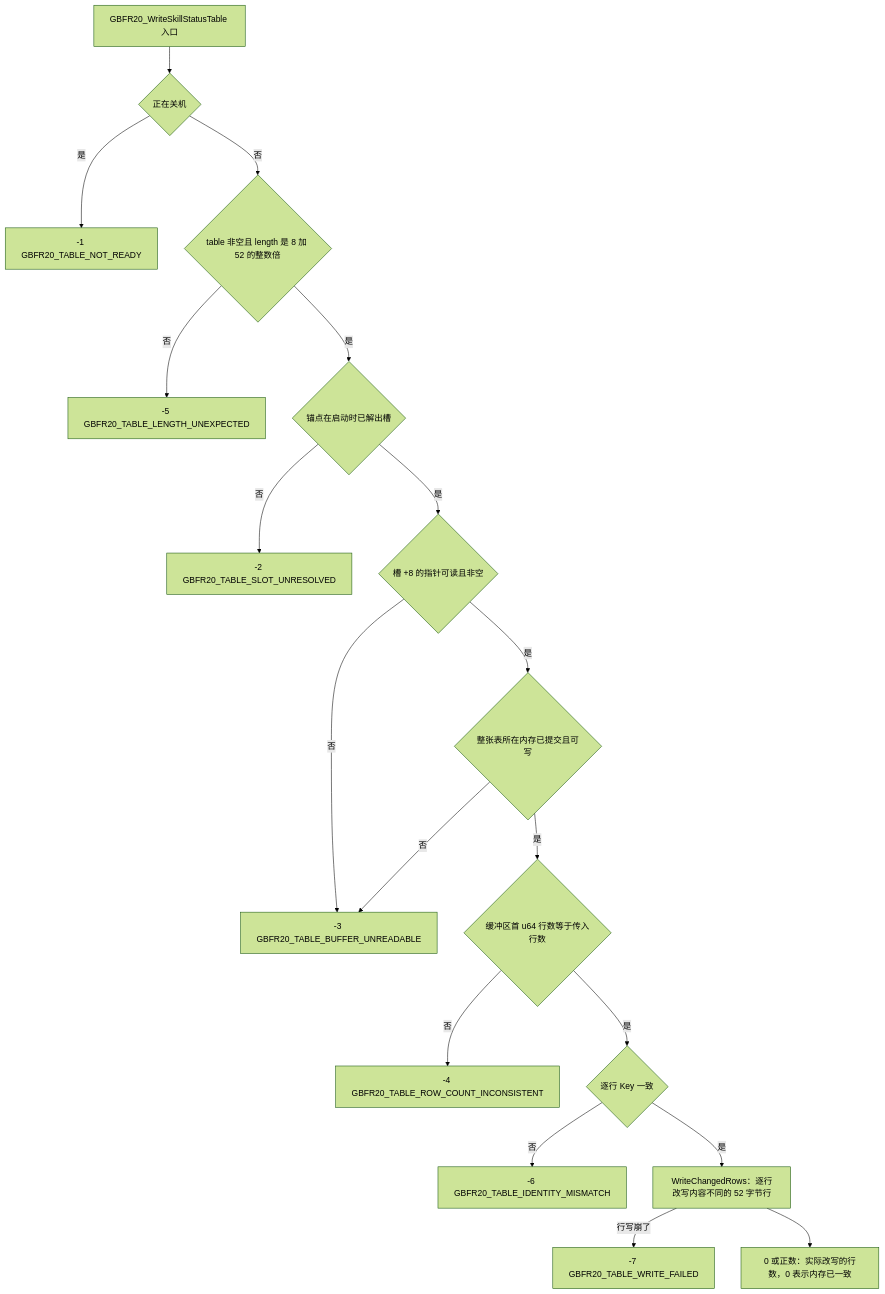
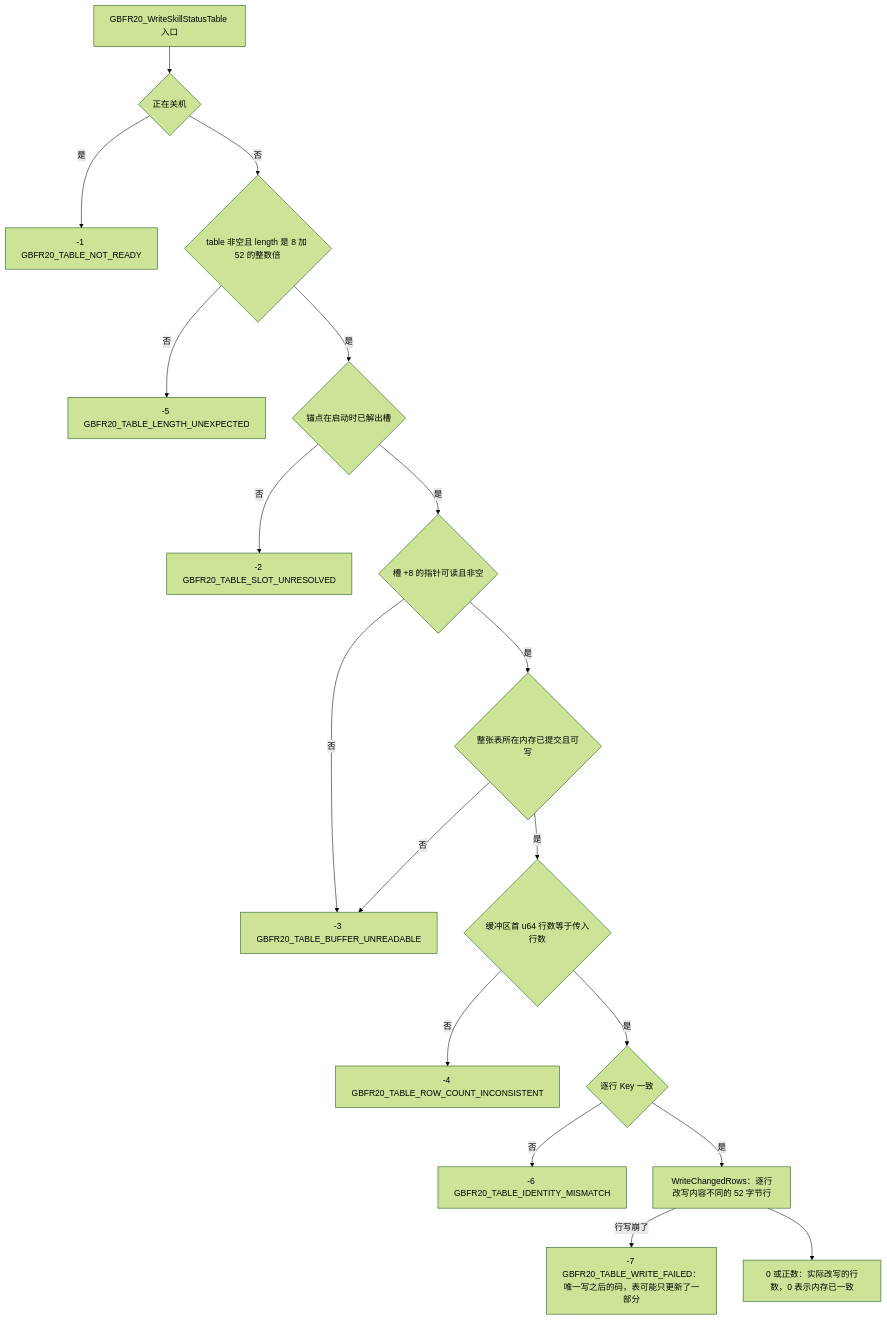
One commit to baagod/GBFR-Sigil-Loadout changed the second of 2 diagrams in openwiki/concepts/skill-status-table.md. Above: the diagram before and after it, drawn with Mermaid (forest theme). The commit also changed other lines of this file and 33 other files, not shown here.

````diff
--- a/openwiki/concepts/skill-status-table.md
+++ b/openwiki/concepts/skill-status-table.md
@@ -147,20 +169,20 @@
 ```mermaid
 flowchart TD
     A["GBFR20_WriteSkillStatusTable 入口"] --> B{"正在关机"}
     B -- "是" --> R1["-1 GBFR20_TABLE_NOT_READY"]
     B -- "否" --> C{"table 非空且 length 是 8 加 52 的整数倍"}
     C -- "否" --> R5["-5 GBFR20_TABLE_LENGTH_UNEXPECTED"]
     C -- "是" --> D{"锚点在启动时已解出槽"}
     D -- "否" --> R2["-2 GBFR20_TABLE_SLOT_UNRESOLVED"]
     D -- "是" --> E{"槽 +8 的指针可读且非空"}
     E -- "否" --> R3["-3 GBFR20_TABLE_BUFFER_UNREADABLE"]
     E -- "是" --> F{"整张表所在内存已提交且可写"}
     F -- "否" --> R3
     F -- "是" --> G{"缓冲区首 u64 行数等于传入行数"}
     G -- "否" --> R4["-4 GBFR20_TABLE_ROW_COUNT_INCONSISTENT"]
     G -- "是" --> H{"逐行 Key 一致"}
     H -- "否" --> R6["-6 GBFR20_TABLE_IDENTITY_MISMATCH"]
     H -- "是" --> W["WriteChangedRows：逐行改写内容不同的 52 字节行"]
-    W -- "行写崩了" --> R7["-7 GBFR20_TABLE_WRITE_FAILED"]
+    W -- "行写崩了" --> R7["-7 GBFR20_TABLE_WRITE_FAILED：唯一写之后的码，表可能只更新了一部分"]
     W --> OK["0 或正数：实际改写的行数，0 表示内存已一致"]
 ```
````
